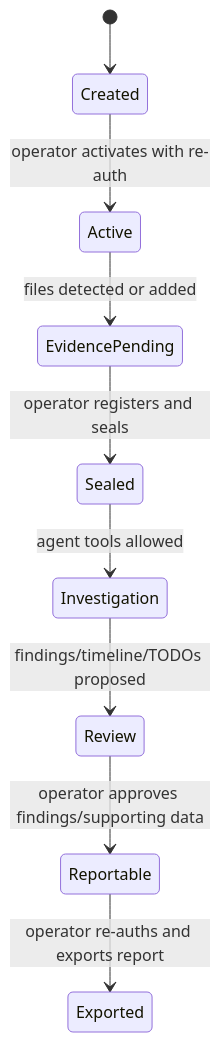
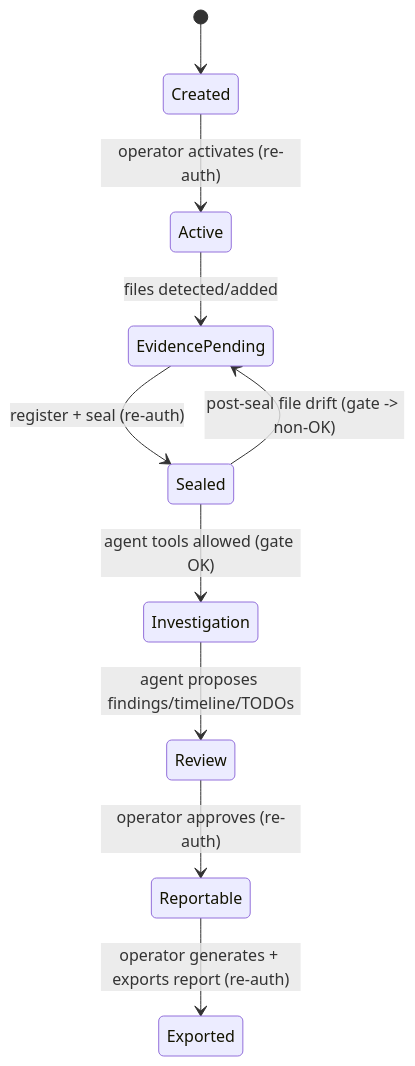
Before and after one commit to xyehya/sift-mcps: the first of 7 diagrams in docs/product/data-flows-and-lifecycles.md, drawn with Mermaid. The commit also changed other lines of this file and 5 other files, not shown here.

Commit message:
Document product architecture and journeys

````diff
--- a/docs/product/data-flows-and-lifecycles.md
+++ b/docs/product/data-flows-and-lifecycles.md
@@ -8,11 +71,12 @@
 ```mermaid
 stateDiagram-v2
   [*] --> Created
-  Created --> Active: operator activates with re-auth
-  Active --> EvidencePending: files detected or added
-  EvidencePending --> Sealed: operator registers and seals
-  Sealed --> Investigation: agent tools allowed
-  Investigation --> Review: findings/timeline/TODOs proposed
-  Review --> Reportable: operator approves findings/supporting data
-  Reportable --> Exported: operator re-auths and exports report
+  Created --> Active: operator activates (re-auth)
+  Active --> EvidencePending: files detected/added
+  EvidencePending --> Sealed: register + seal (re-auth)
+  Sealed --> Investigation: agent tools allowed (gate OK)
+  Investigation --> Review: agent proposes findings/timeline/TODOs
+  Review --> Reportable: operator approves (re-auth)
+  Reportable --> Exported: operator generates + exports report (re-auth)
+  Sealed --> EvidencePending: post-seal file drift (gate -> non-OK)
 ```
````
